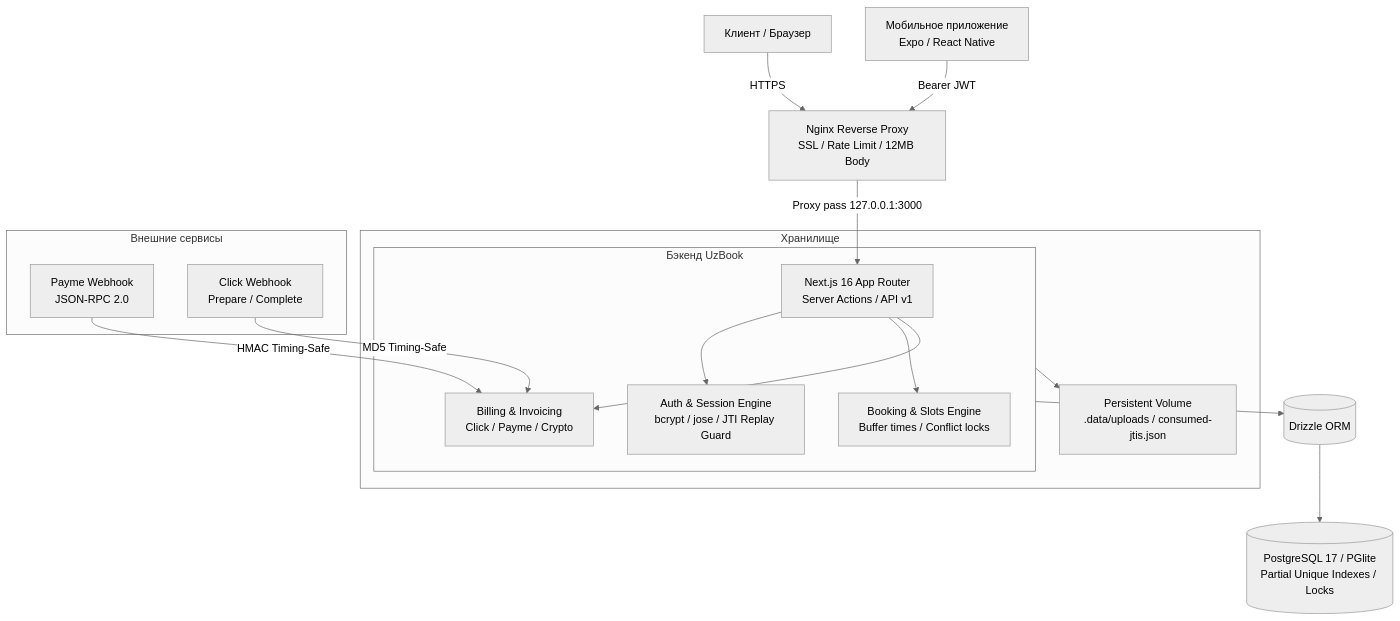
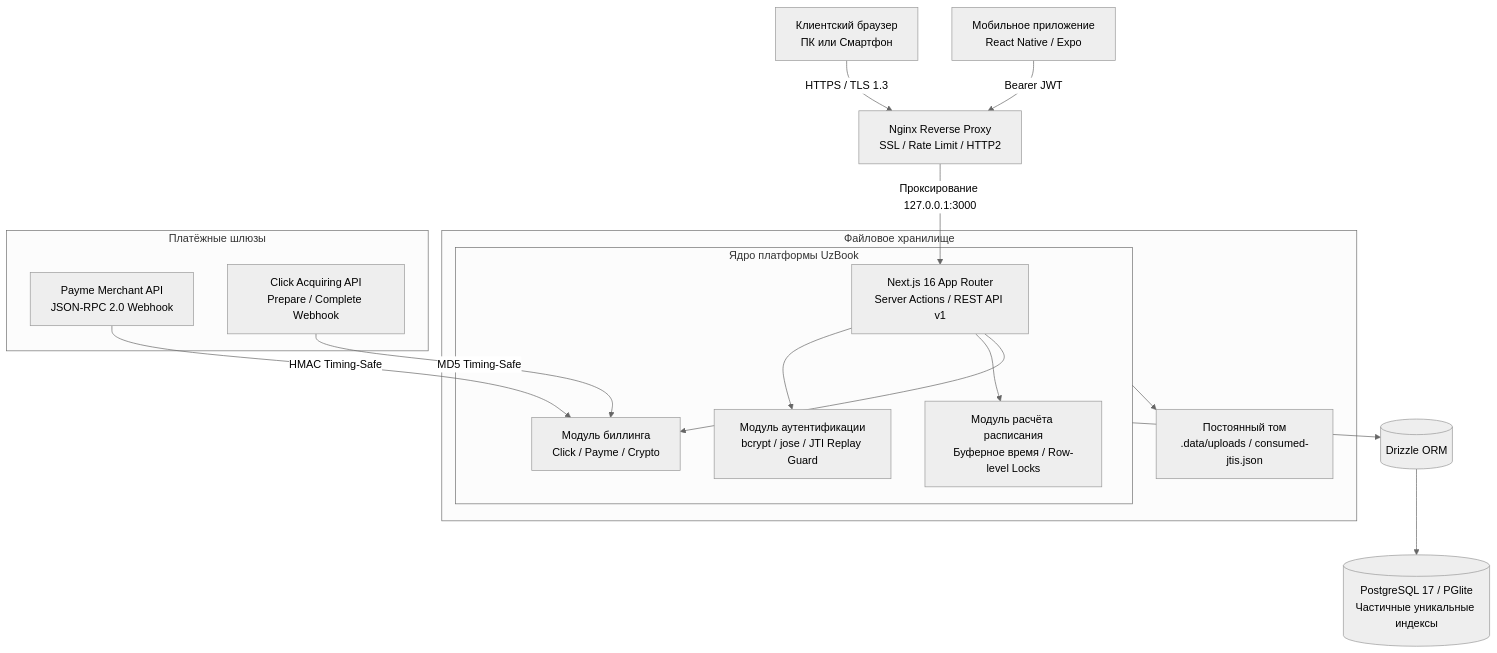
The diagram in README.md (u2kdev/uzbook), drawn with Mermaid (neutral theme) before and after one commit. The commit also changed other lines of this file, not shown here.

````diff
--- a/README.md
+++ b/README.md
@@ -80,25 +88,25 @@
 ```mermaid
 flowchart TD
-    Client[Клиент / Браузер] -->|HTTPS| Nginx[Nginx Reverse Proxy\nSSL / Rate Limit / 12MB Body]
-    Mobile[Мобильное приложение\nExpo / React Native] -->|Bearer JWT| Nginx
+    Client[Клиентский браузер\nПК или Смартфон] -->|HTTPS / TLS 1.3| Nginx[Nginx Reverse Proxy\nSSL / Rate Limit / HTTP2]
+    MobileApp[Мобильное приложение\nReact Native / Expo] -->|Bearer JWT| Nginx
     
-    Nginx -->|Proxy pass 127.0.0.1:3000| NextApp[Next.js 16 App Router\nServer Actions / API v1]
+    Nginx -->|Проксирование 127.0.0.1:3000| NextServer[Next.js 16 App Router\nServer Actions / REST API v1]
     
-    subgraph Core [" Бэкенд UzBook "]
-        NextApp --> Auth[Auth & Session Engine\nbcrypt / jose / JTI Replay Guard]
-        NextApp --> BookingEngine[Booking & Slots Engine\nBuffer times / Conflict locks]
-        NextApp --> Billing[Billing & Invoicing\nClick / Payme / Crypto]
+    subgraph CoreEngine [Ядро платформы UzBook]
+        NextServer --> AuthModule[Модуль аутентификации\nbcrypt / jose / JTI Replay Guard]
+        NextServer --> SlotEngine[Модуль расчёта расписания\nБуферное время / Row-level Locks]
+        NextServer --> BillingModule[Модуль биллинга\nClick / Payme / Crypto]
     end
     
-    Core --> Drizzle[(Drizzle ORM)]
-    Drizzle --> DB[(PostgreSQL 17 / PGlite\nPartial Unique Indexes / Locks)]
+    CoreEngine --> ORM[(Drizzle ORM)]
+    ORM --> Database[(PostgreSQL 17 / PGlite\nЧастичные уникальные индексы)]
     
-    subgraph Storage [" Хранилище "]
-        Core --> LocalStore[Persistent Volume\n.data/uploads / consumed-jtis.json]
+    subgraph StorageSystem [Файловое хранилище]
+        CoreEngine --> LocalFiles[Постоянный том\n.data/uploads / consumed-jtis.json]
     end
     
-    subgraph External [" Внешние сервисы "]
-        Payme[Payme Webhook\nJSON-RPC 2.0] -->|HMAC Timing-Safe| Billing
-        Click[Click Webhook\nPrepare / Complete] -->|MD5 Timing-Safe| Billing
+    subgraph ExternalGateways [Платёжные шлюзы]
+        PaymeGateway[Payme Merchant API\nJSON-RPC 2.0 Webhook] -->|HMAC Timing-Safe| BillingModule
+        ClickGateway[Click Acquiring API\nPrepare / Complete Webhook] -->|MD5 Timing-Safe| BillingModule
     end
 ```
````
